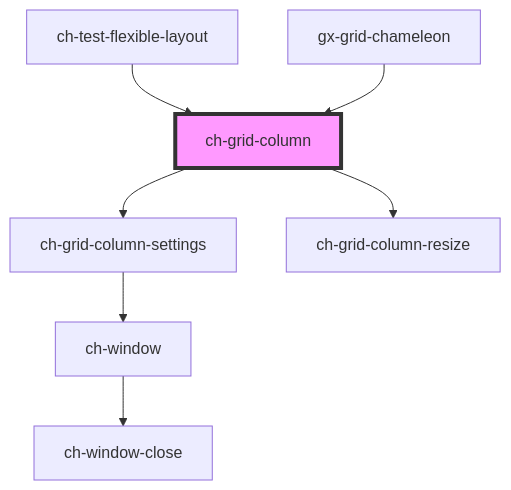
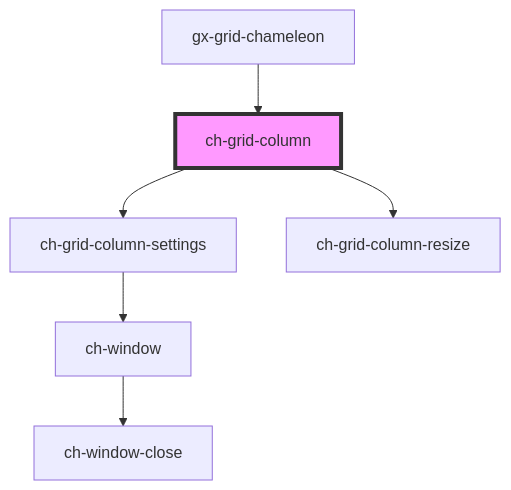
Before and after one commit to genexuslabs/chameleon-controls-library: the diagram in src/deprecated-components/grid/grid-column/readme.md, drawn with Mermaid. The commit also changed other lines of this file and 15 other files, not shown here.

````diff
--- a/src/deprecated-components/grid/grid-column/readme.md
+++ b/src/deprecated-components/grid/grid-column/readme.md
@@ -93,10 +92,9 @@
 ```mermaid
 graph TD;
   ch-grid-column --> ch-grid-column-settings
   ch-grid-column --> ch-grid-column-resize
   ch-grid-column-settings --> ch-window
   ch-window --> ch-window-close
-  ch-test-flexible-layout --> ch-grid-column
   gx-grid-chameleon --> ch-grid-column
   style ch-grid-column fill:#f9f,stroke:#333,stroke-width:4px
 ```
````
